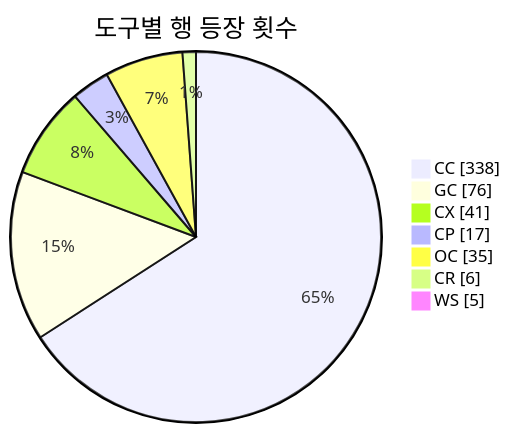
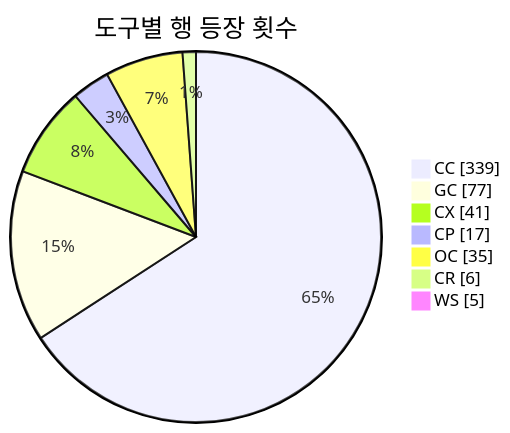
The second of 3 diagrams in README.md (J-nowcow/awesome-korean-agent-skills), drawn with Mermaid before and after one commit. The commit also changed other lines of this file and 5 other files, not shown here.

````diff
--- a/README.md
+++ b/README.md
@@ -193,11 +193,11 @@
 ```mermaid
 pie showData
     title 도구별 행 등장 횟수
-    "CC" : 338
-    "GC" : 76
+    "CC" : 339
+    "GC" : 77
     "CX" : 41
     "CP" : 17
     "OC" : 35
     "CR" : 6
     "WS" : 5
 ```
````
